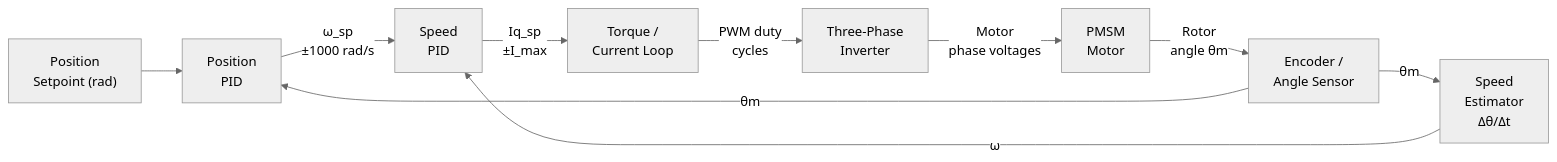
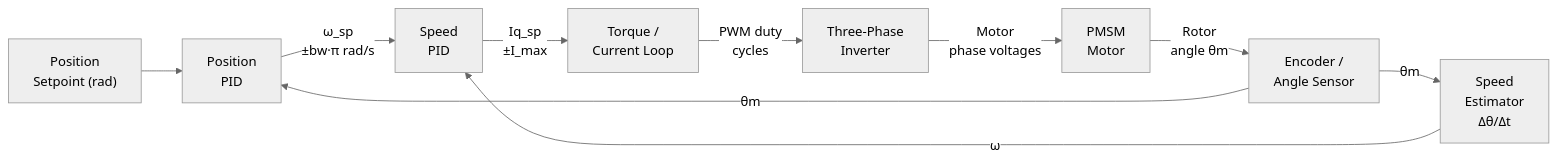
Before and after one commit to embedded-pro/e-foc: the fourth of 4 diagrams in documentation/design/foc-position.md, drawn with Mermaid (neutral theme). The commit also changed other lines of this file and 87 other files, not shown here.

````diff
--- a/documentation/design/foc-position.md
+++ b/documentation/design/foc-position.md
@@ -195,12 +195,12 @@
 ```mermaid
 graph LR
     PSP["Position\nSetpoint (rad)"] --> PPID["Position\nPID"]
-    PPID -->|"ω_sp\n±1000 rad/s"| SPID["Speed\nPID"]
+    PPID -->|"ω_sp\n±bw·π rad/s"| SPID["Speed\nPID"]
     SPID -->|"Iq_sp\n±I_max"| TORQ["Torque /\nCurrent Loop"]
     TORQ -->|"PWM duty\ncycles"| INV["Three-Phase\nInverter"]
     INV -->|"Motor\nphase voltages"| MOTOR["PMSM\nMotor"]
     MOTOR -->|"Rotor\nangle θm"| ENC["Encoder /\nAngle Sensor"]
     ENC -->|"θm"| PPID
     ENC -->|"θm"| SPEST["Speed\nEstimator\nΔθ/Δt"]
     SPEST -->|"ω"| SPID
 ```
````
